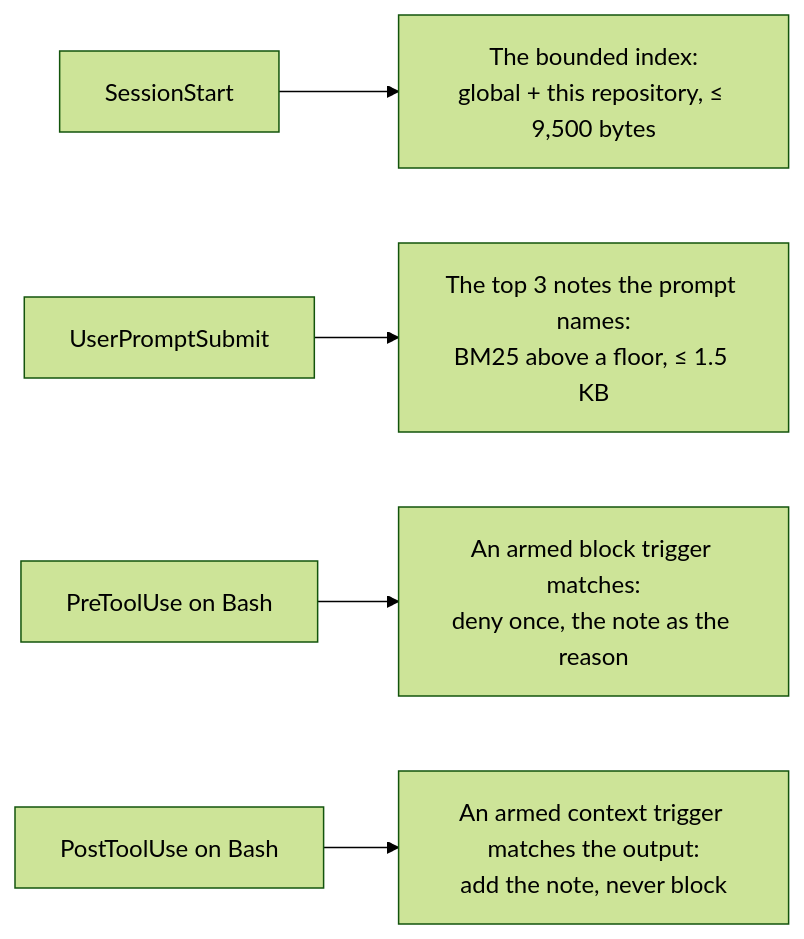
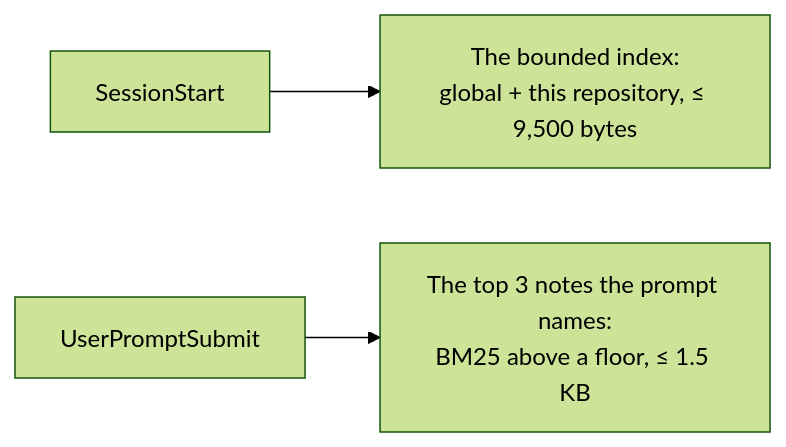
The third of 4 diagrams in docs-site/architecture/memory.md (wyx-sg/Coffer), drawn with Mermaid (forest theme) before and after one commit. The commit also changed other lines of this file and 610 other files, not shown here.

````diff
--- a/docs-site/architecture/memory.md
+++ b/docs-site/architecture/memory.md
@@ -228,7 +240,5 @@
 ```mermaid
 flowchart LR
   S["SessionStart"] --> I["The bounded index:<br/>global + this repository, ≤ 9,500 bytes"]
   P["UserPromptSubmit"] --> R["The top 3 notes the prompt names:<br/>BM25 above a floor, ≤ 1.5 KB"]
-  B["PreToolUse on Bash"] --> G["An armed block trigger matches:<br/>deny once, the note as the reason"]
-  A["PostToolUse on Bash"] --> E["An armed context trigger matches the output:<br/>add the note, never block"]
 ```
````
